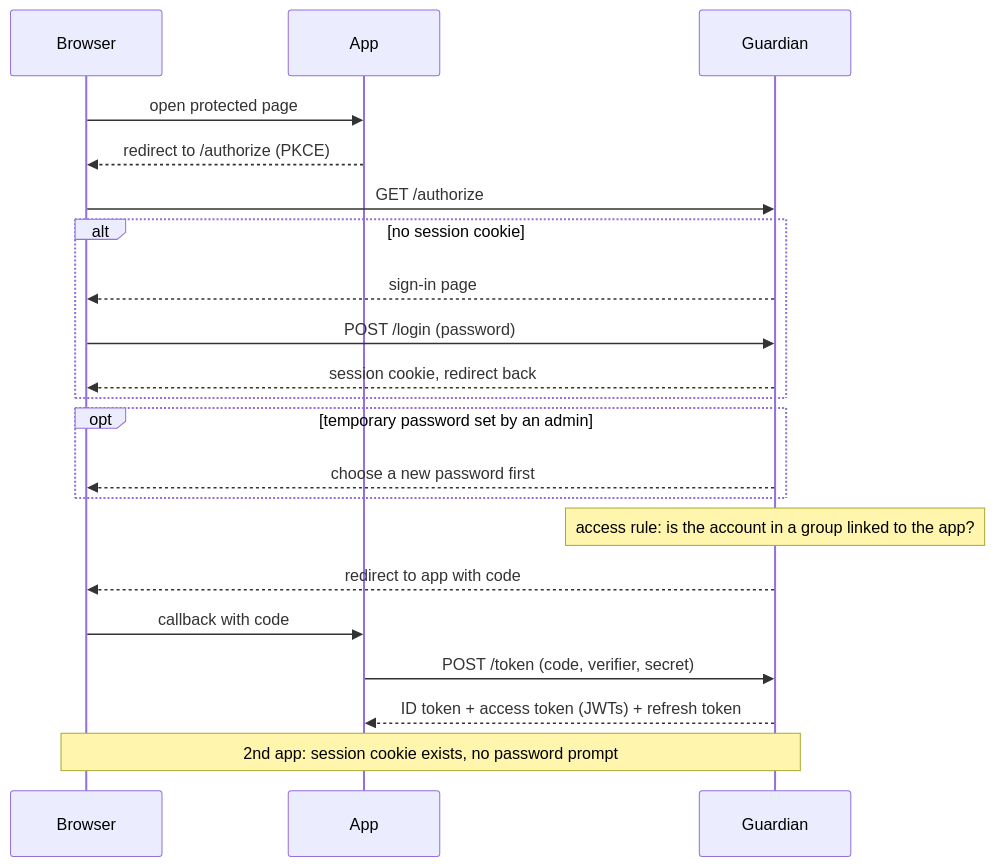
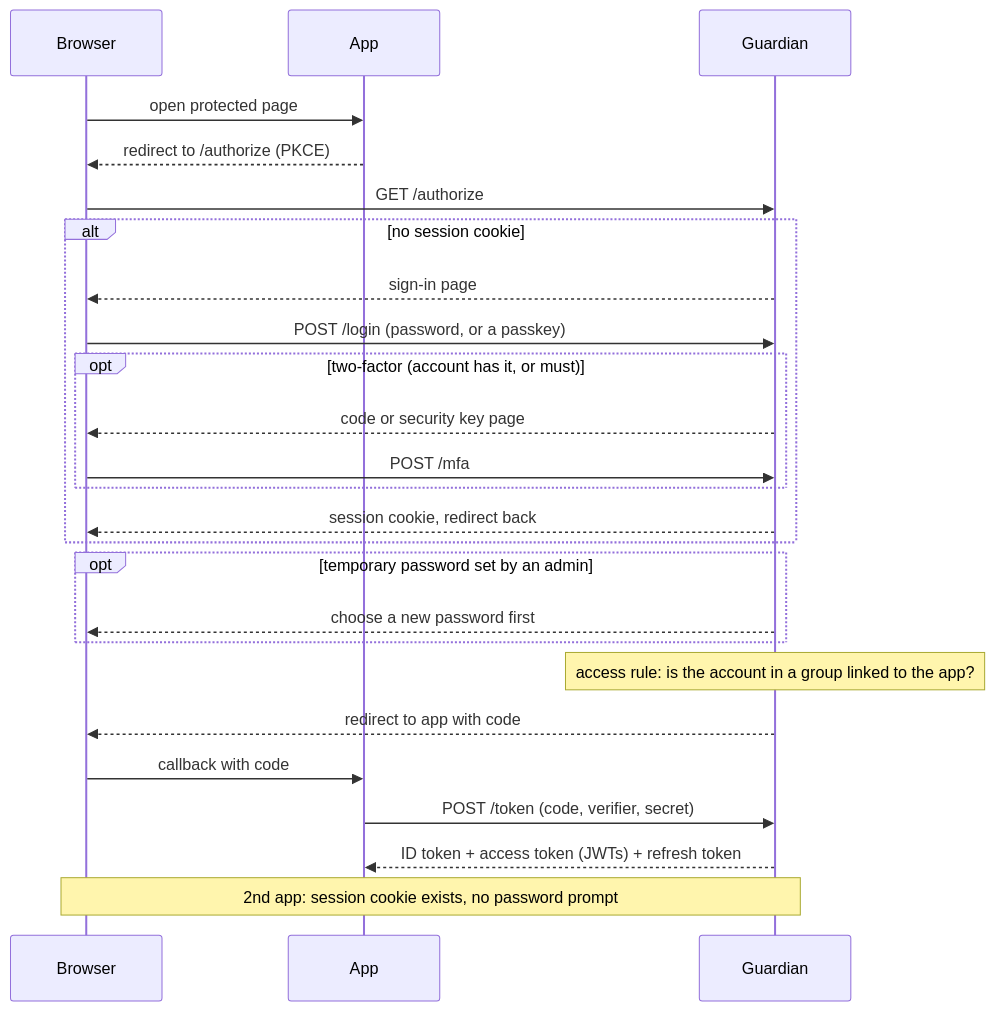
One commit to Krysset/Guardian changed the second of 7 diagrams in docs/ARCHITECTURE.md. Above: the diagram before and after it, drawn with Mermaid. The commit also changed other lines of this file and 50 other files, not shown here.

````diff
--- a/docs/ARCHITECTURE.md
+++ b/docs/ARCHITECTURE.md
@@ -98,23 +98,27 @@
 ```mermaid
 sequenceDiagram
   participant B as Browser
   participant A as App
   participant G as Guardian
   B->>A: open protected page
   A-->>B: redirect to /authorize (PKCE)
   B->>G: GET /authorize
   alt no session cookie
     G-->>B: sign-in page
-    B->>G: POST /login (password)
+    B->>G: POST /login (password, or a passkey)
+    opt two-factor (account has it, or must)
+      G-->>B: code or security key page
+      B->>G: POST /mfa
+    end
     G-->>B: session cookie, redirect back
   end
   opt temporary password set by an admin
     G-->>B: choose a new password first
   end
   Note over G: access rule: is the account in a group linked to the app?
   G-->>B: redirect to app with code
   B->>A: callback with code
   A->>G: POST /token (code, verifier, secret)
   G-->>A: ID token + access token (JWTs) + refresh token
   Note over B,G: 2nd app: session cookie exists, no password prompt
 ```
````
